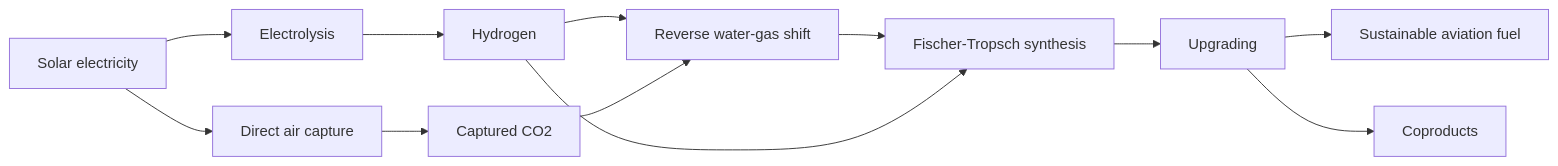
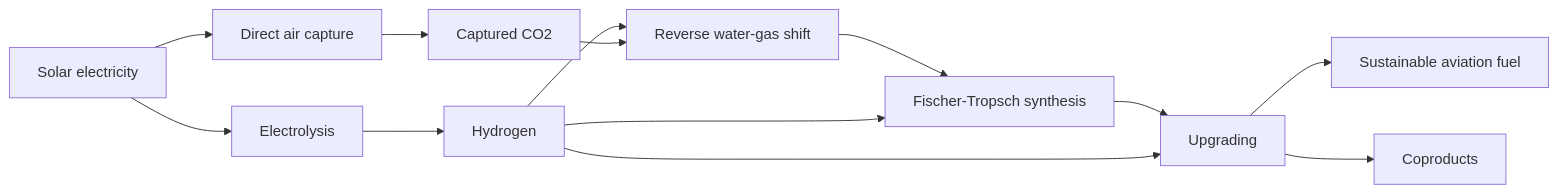
Before and after one commit to shaurya20335/solar-to-sustainable-aviation-fuel: the diagram in README.md, drawn with Mermaid. The commit also changed other lines of this file and 9 other files, not shown here.

````diff
--- a/README.md
+++ b/README.md
@@ -29,14 +32,15 @@
 ```mermaid
 flowchart LR
     PV[Solar electricity] --> EL[Electrolysis]
     PV --> DAC[Direct air capture]
     EL --> H2[Hydrogen]
     DAC --> CO2[Captured CO2]
     H2 --> RWGS[Reverse water-gas shift]
     CO2 --> RWGS
     RWGS --> FT[Fischer-Tropsch synthesis]
     H2 --> FT
     FT --> UP[Upgrading]
+    H2 --> UP
     UP --> SAF[Sustainable aviation fuel]
     UP --> CP[Coproducts]
 ```
````
